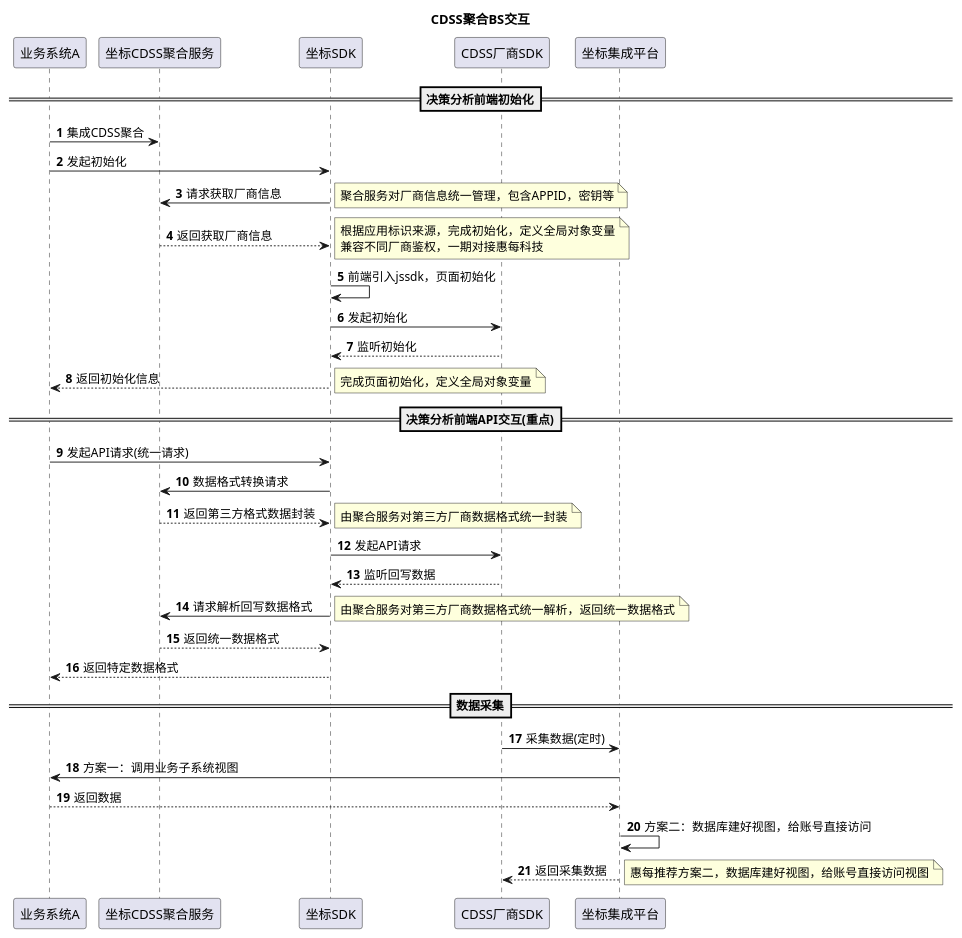
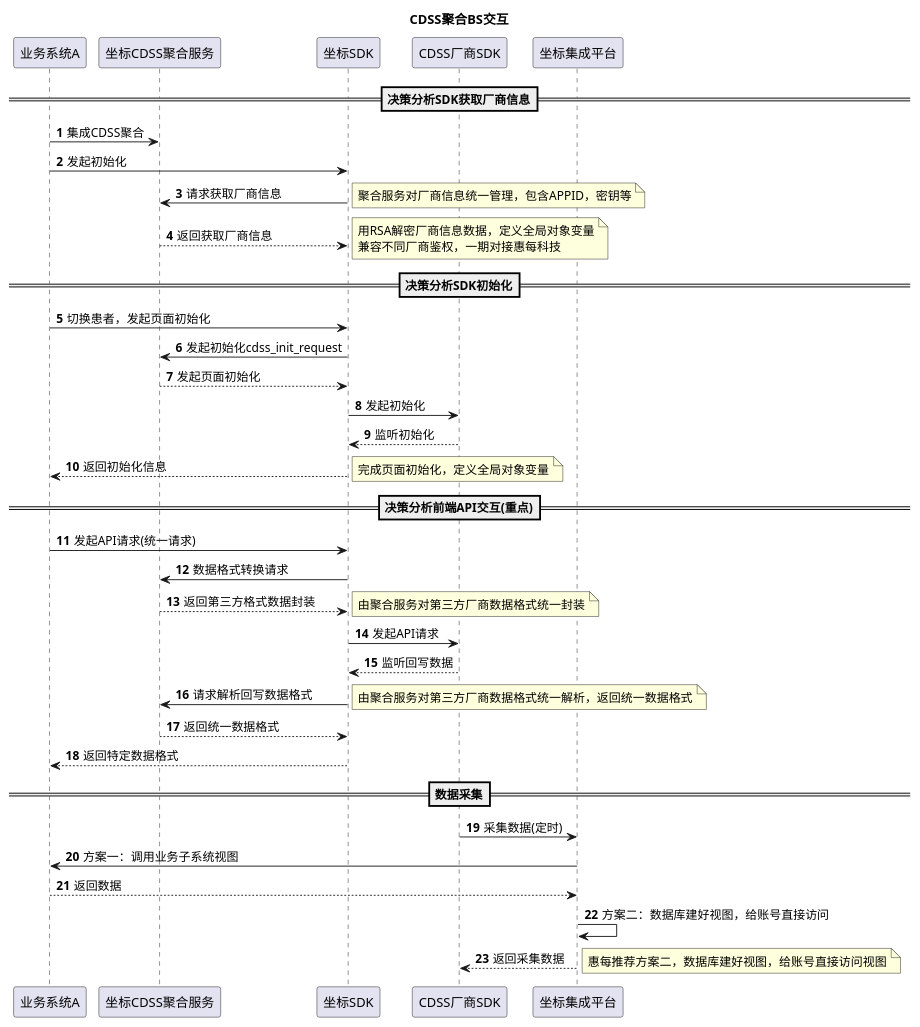
One commit to aoheng/PlantUML changed the diagram in uml/cnhis/CDSS聚合交互.puml. Above: the diagram before and after it, drawn with PlantUML.

Commit message:
feat: cdss知识库

```diff
--- a/uml/cnhis/CDSS聚合交互.puml
+++ b/uml/cnhis/CDSS聚合交互.puml
@@ -1,53 +1,57 @@
 @startuml
 'https://plantuml.com/sequence-diagram
 title CDSS聚合BS交互
 autonumber
 
-==决策分析前端初始化==
+==决策分析SDK获取厂商信息==
 业务系统A -> 坐标CDSS聚合服务: 集成CDSS聚合
 业务系统A -> 坐标SDK: 发起初始化
 坐标SDK -> 坐标CDSS聚合服务: 请求获取厂商信息
 note right
 聚合服务对厂商信息统一管理，包含APPID，密钥等
 end note
 坐标SDK <-- 坐标CDSS聚合服务: 返回获取厂商信息
 note right
-根据应用标识来源，完成初始化，定义全局对象变量
+用RSA解密厂商信息数据，定义全局对象变量
 兼容不同厂商鉴权，一期对接惠每科技
 end note
-坐标SDK -> 坐标SDK:前端引入jssdk，页面初始化
+
+==决策分析SDK初始化==
+业务系统A ->坐标SDK: 切换患者，发起页面初始化
+坐标SDK -> 坐标CDSS聚合服务:发起初始化cdss_init_request
+坐标SDK <-- 坐标CDSS聚合服务:发起页面初始化
 坐标SDK -> CDSS厂商SDK:发起初始化
 坐标SDK <-- CDSS厂商SDK:监听初始化
 业务系统A <-- 坐标SDK:返回初始化信息
 note right
 完成页面初始化，定义全局对象变量
 end note
 
 
 ==决策分析前端API交互(重点)==
 业务系统A ->坐标SDK: 发起API请求(统一请求)
 坐标SDK ->坐标CDSS聚合服务: 数据格式转换请求
 坐标CDSS聚合服务 -->坐标SDK: 返回第三方格式数据封装
 note right
 由聚合服务对第三方厂商数据格式统一封装
 end note
 坐标SDK ->CDSS厂商SDK: 发起API请求
 坐标SDK <--CDSS厂商SDK: 监听回写数据
 坐标CDSS聚合服务 <- 坐标SDK:请求解析回写数据格式
 note right
 由聚合服务对第三方厂商数据格式统一解析，返回统一数据格式
 end note
 坐标CDSS聚合服务 --> 坐标SDK:返回统一数据格式
 业务系统A <-- 坐标SDK:返回特定数据格式
 
 
 ==数据采集==
 CDSS厂商SDK ->坐标集成平台:采集数据(定时)
 坐标集成平台 ->业务系统A:方案一：调用业务子系统视图
 业务系统A --> 坐标集成平台: 返回数据
 坐标集成平台 ->坐标集成平台:方案二：数据库建好视图，给账号直接访问
 CDSS厂商SDK <--坐标集成平台: 返回采集数据
 note right
 惠每推荐方案二，数据库建好视图，给账号直接访问视图
 end note
 @enduml
```
